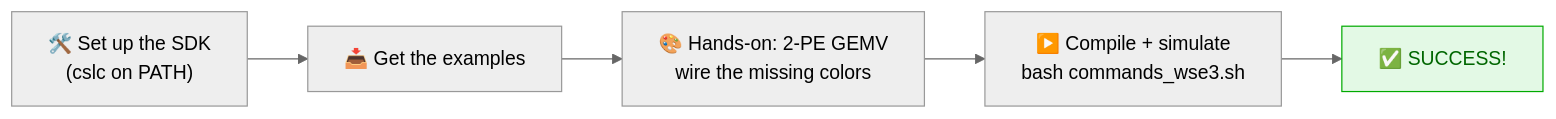
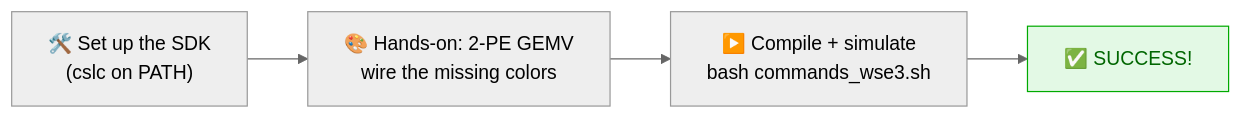
The first of 2 diagrams in 04_AI_testbed/Cerebras/CSL/README.md (vksastry/ATPESC_MachineLearning), drawn with Mermaid (neutral theme) before and after one commit. The commit also changed other lines of this file, not shown here.

Commit message:
CSL README: drop clone-examples step; hands-on runs from in-repo files

````diff
--- a/04_AI_testbed/Cerebras/CSL/README.md
+++ b/04_AI_testbed/Cerebras/CSL/README.md
@@ -23,9 +23,8 @@
 ```mermaid
 flowchart LR
-    A["🛠️ Set up the SDK<br/>(cslc on PATH)"] --> B["📥 Get the examples"]
-    B --> C["🎨 Hands-on: 2-PE GEMV<br/>wire the missing colors"]
+    A["🛠️ Set up the SDK<br/>(cslc on PATH)"] --> C["🎨 Hands-on: 2-PE GEMV<br/>wire the missing colors"]
     C --> D["▶️ Compile + simulate<br/>bash commands_wse3.sh"]
     D --> E["✅ SUCCESS!"]
     classDef good fill:#e3f9e5,stroke:#00aa00,color:#006600
     class E good
 ```
````
